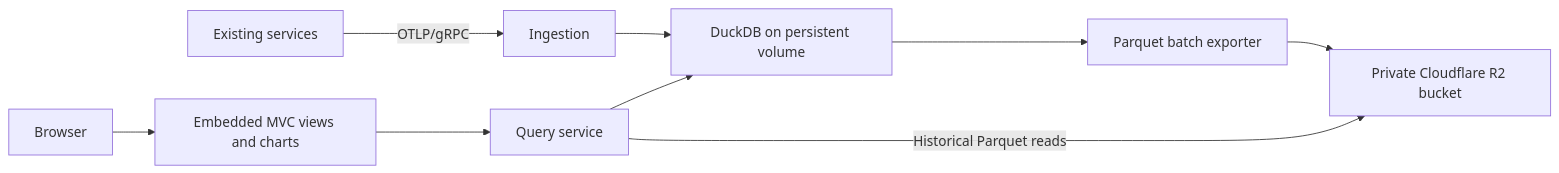
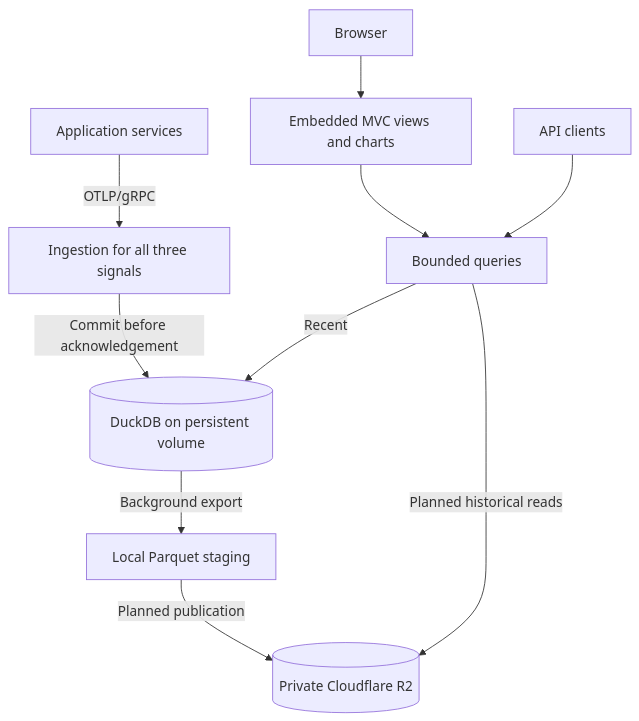
One commit to alexfalkowski/einblick changed the diagram in docs/requirements.md. Above: the diagram before and after it, drawn with Mermaid. The commit also changed other lines of this file and 7 other files, not shown here.

````diff
--- a/docs/requirements.md
+++ b/docs/requirements.md
@@ -181,11 +184,14 @@
 ```mermaid
-flowchart LR
-    C[Existing services] -->|OTLP/gRPC| I[Ingestion]
-    I --> D[DuckDB on persistent volume]
-    D --> E[Parquet batch exporter]
-    E --> R[Private Cloudflare R2 bucket]
+flowchart TD
+    accTitle: First-version target architecture
+    accDescr: All three signals commit to local DuckDB. Background export publishes Parquet to R2, and browser and API queries use local or archived data.
+    C[Application services] -->|OTLP/gRPC| I[Ingestion for all three signals]
+    I -->|Commit before acknowledgement| D[(DuckDB on persistent volume)]
+    D -->|Background export| E[Local Parquet staging]
+    E -->|Planned publication| R[(Private Cloudflare R2)]
     B[Browser] --> M[Embedded MVC views and charts]
-    M --> Q[Query service]
-    Q --> D
-    Q -->|Historical Parquet reads| R
+    M --> Q[Bounded queries]
+    A[API clients] --> Q
+    Q -->|Recent| D
+    Q -->|Planned historical reads| R
 ```
````
